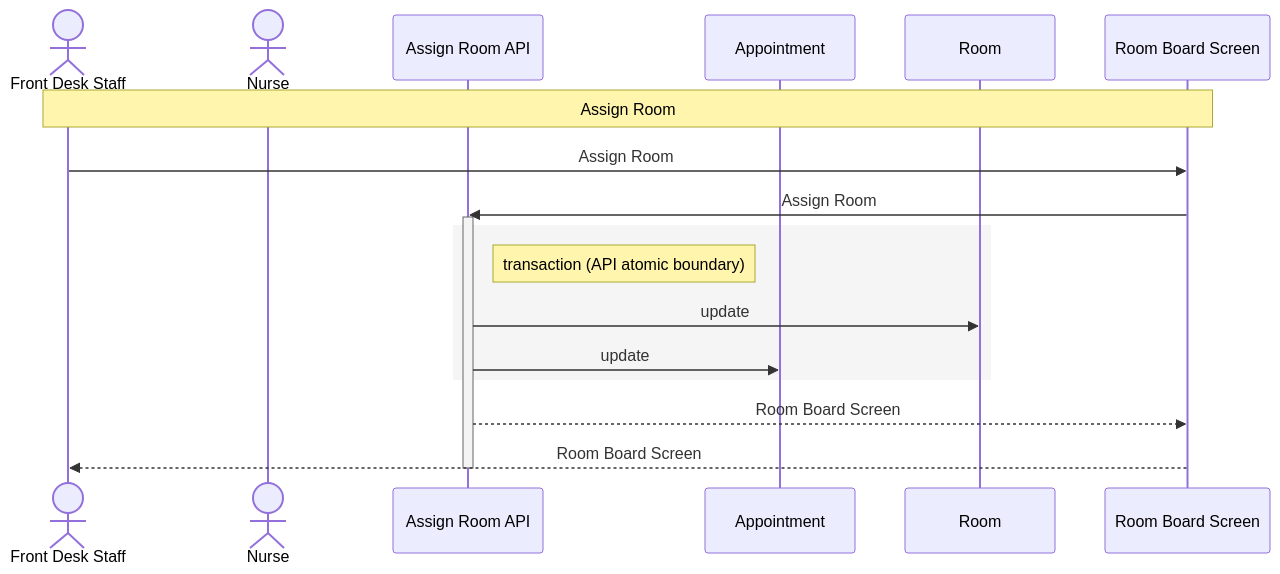
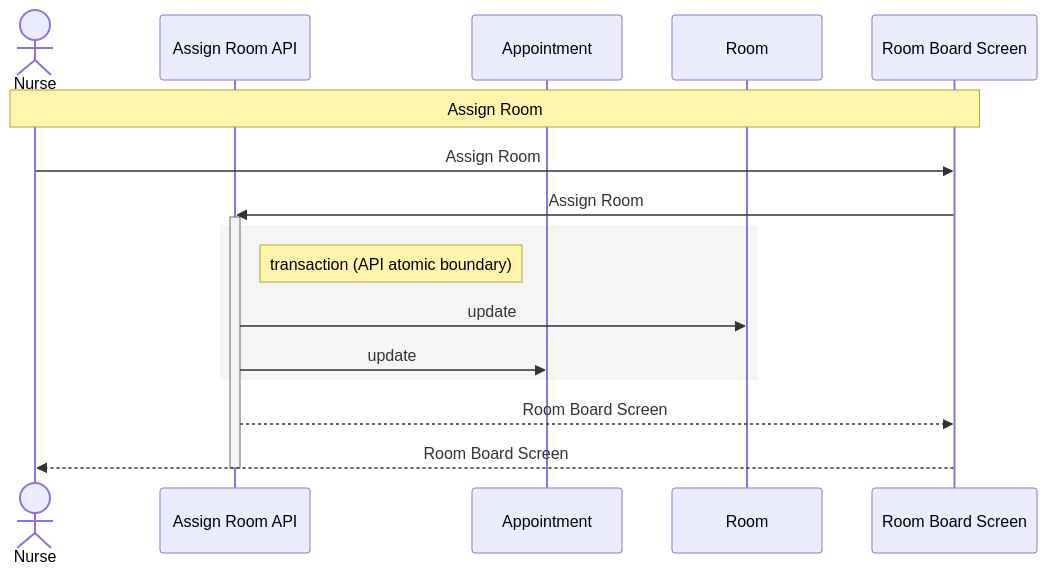
Before and after one commit to manji-0/rdra-ish-dsl: the diagram in samples/clinic-ops/out/uc/sequence_assign_room.mmd, drawn with Mermaid. The commit also changed 68 other files, not shown here.

Commit message:
fix: scope sequence actors to use cases

```diff
--- a/samples/clinic-ops/out/uc/sequence_assign_room.mmd
+++ b/samples/clinic-ops/out/uc/sequence_assign_room.mmd
@@ -1,20 +1,19 @@
 sequenceDiagram
-  actor FrontDesk as Front Desk Staff
   actor Nurse as Nurse
   participant AssignRoomApi as Assign Room API
   participant Appointment as Appointment
   participant Room as Room
   participant RoomBoardScreen as Room Board Screen
 
-  Note over FrontDesk,RoomBoardScreen: Assign Room
-  FrontDesk->>RoomBoardScreen: Assign Room
+  Note over Nurse,RoomBoardScreen: Assign Room
+  Nurse->>RoomBoardScreen: Assign Room
   RoomBoardScreen->>AssignRoomApi: Assign Room
   activate AssignRoomApi
   rect rgb(245,245,245)
     Note right of AssignRoomApi: transaction (API atomic boundary)
     AssignRoomApi->>Room: update
     AssignRoomApi->>Appointment: update
   end
   AssignRoomApi-->>RoomBoardScreen: Room Board Screen
-  RoomBoardScreen-->>FrontDesk: Room Board Screen
+  RoomBoardScreen-->>Nurse: Room Board Screen
   deactivate AssignRoomApi
```
